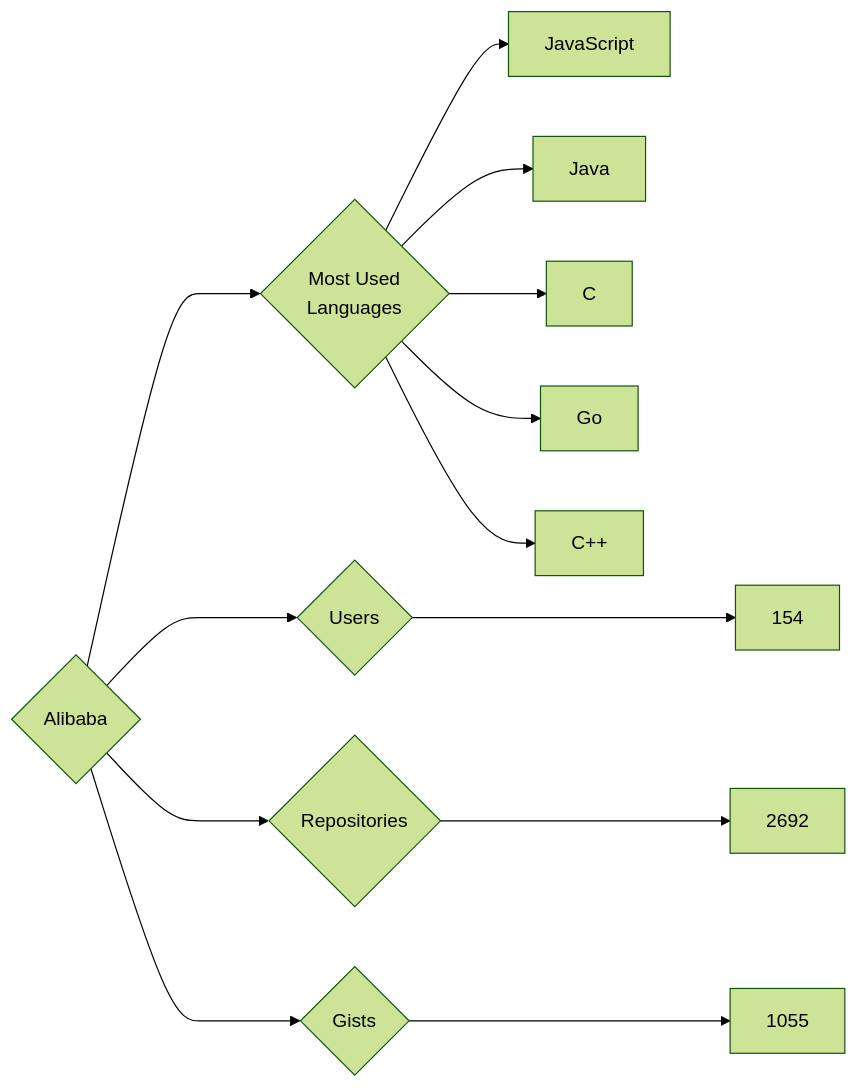
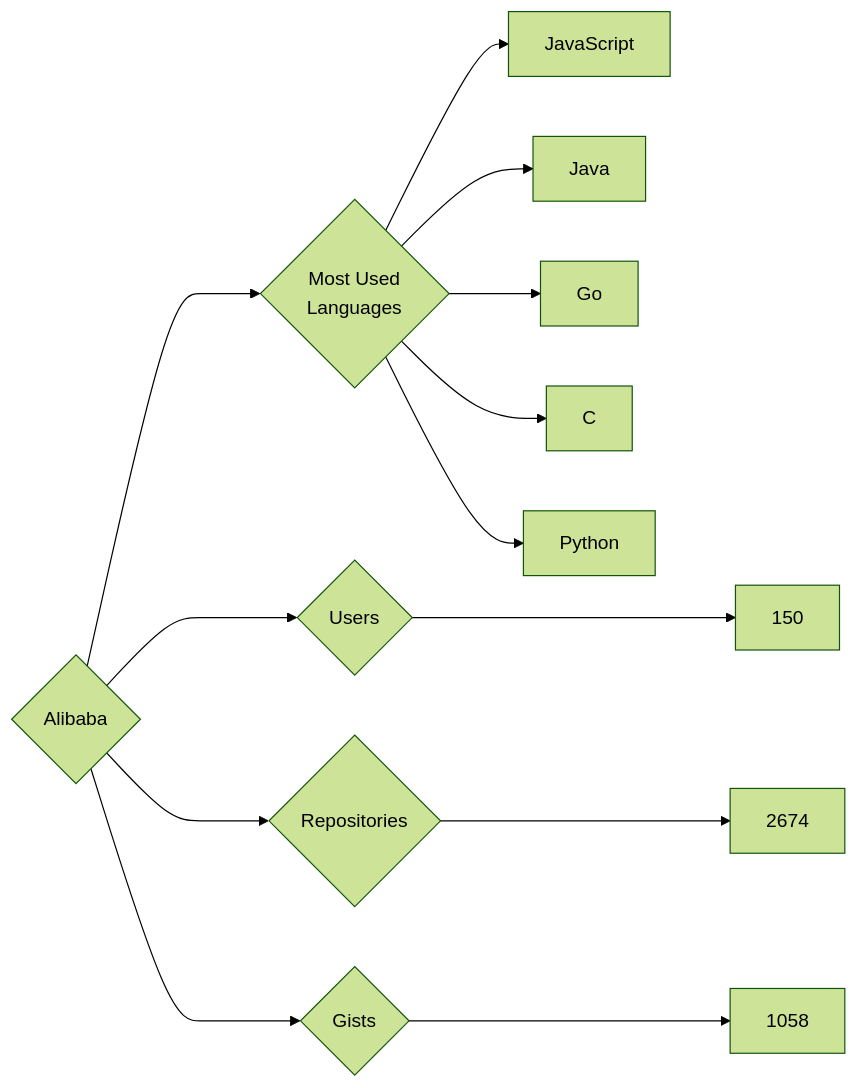
Before and after one commit to trickest/insiders: the diagram in targets/Alibaba/README.md, drawn with Mermaid (forest theme). The commit also changed 1084 other files, not shown here.

````diff
--- a/targets/Alibaba/README.md
+++ b/targets/Alibaba/README.md
@@ -3,13 +3,13 @@
 ```mermaid
 graph LR
 COMPANY_NAME{Alibaba}
-COMPANY_NAME ---> U{Users} ---> UN[154]
-COMPANY_NAME ---> R{Repositories} ---> RN[2692]
-COMPANY_NAME ---> G{Gists} ---> GN[1055]
+COMPANY_NAME ---> U{Users} ---> UN[150]
+COMPANY_NAME ---> R{Repositories} ---> RN[2674]
+COMPANY_NAME ---> G{Gists} ---> GN[1058]
 COMPANY_NAME ---> ML{Most Used<br>Languages}
 ML --> JavaScript[JavaScript]
 ML --> Java[Java]
+ML --> Go[Go]
 ML --> C[C]
-ML --> Go[Go]
-ML --> C++[C++]
+ML --> Python[Python]
 ```
````
